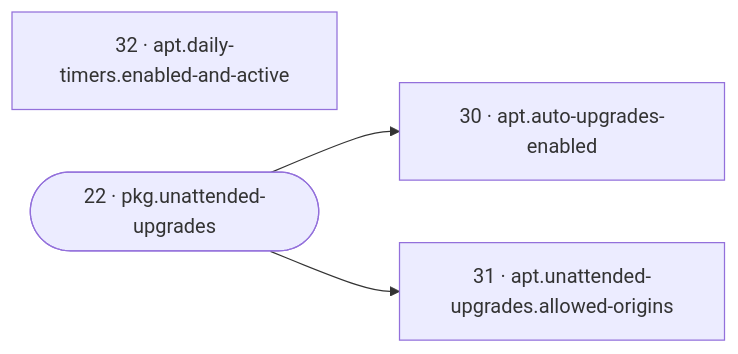
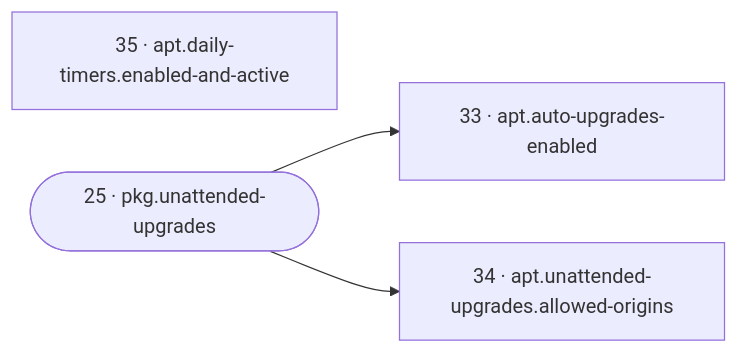
The seventh of 21 diagrams in reference/reconcile-dag.md (SixFive7/FrameLink), drawn with Mermaid before and after one commit. The commit also changed other lines of this file and 12 other files, not shown here.

````diff
--- a/reference/reconcile-dag.md
+++ b/reference/reconcile-dag.md
@@ -274,9 +318,9 @@
 ```mermaid
 flowchart LR
-  r30["30 · apt.auto-upgrades-enabled"]
-  r31["31 · apt.unattended-upgrades.allowed-origins"]
-  r32["32 · apt.daily-timers.enabled-and-active"]
-  r22(["22 · pkg.unattended-upgrades"])
-  r22 --> r30
-  r22 --> r31
+  r33["33 · apt.auto-upgrades-enabled"]
+  r34["34 · apt.unattended-upgrades.allowed-origins"]
+  r35["35 · apt.daily-timers.enabled-and-active"]
+  r25(["25 · pkg.unattended-upgrades"])
+  r25 --> r33
+  r25 --> r34
 ```
````
